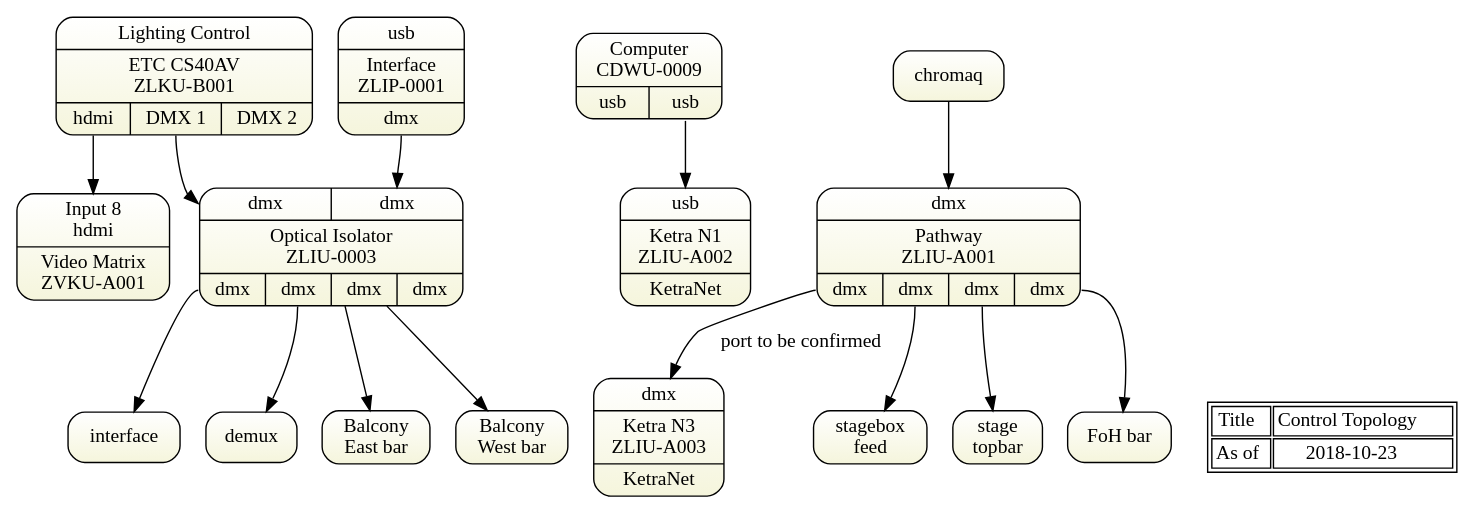
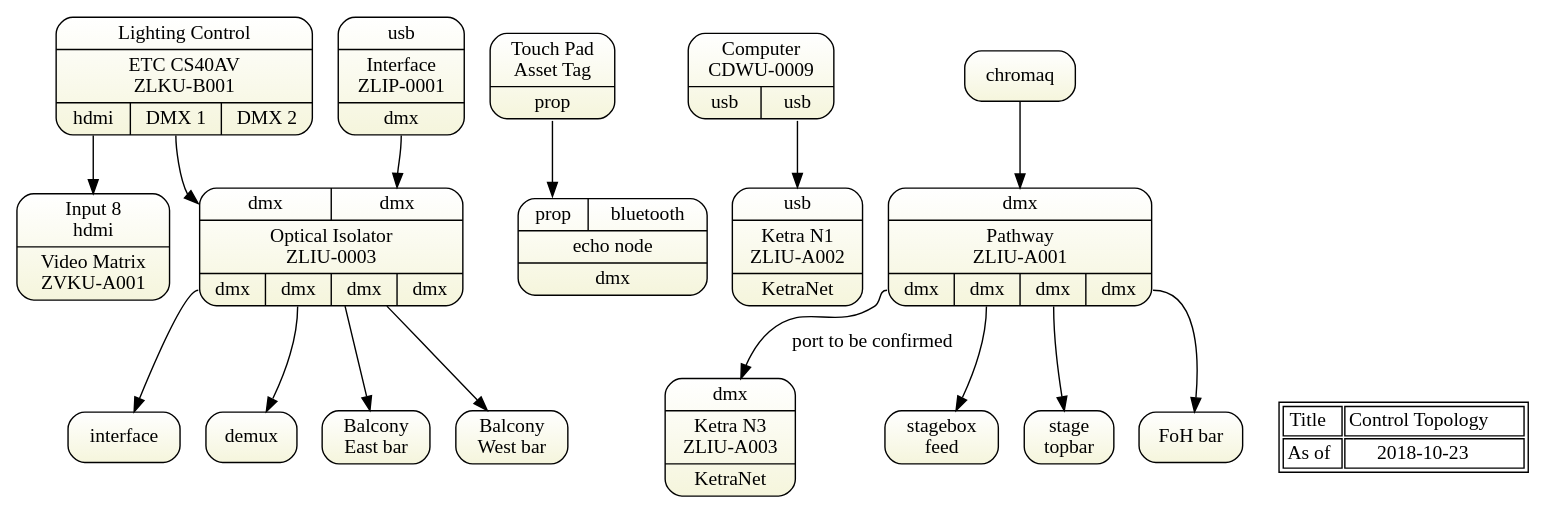
The diagram in sdl-topology1-control.gv (avmaint/uactechdoc), drawn with Graphviz before and after one commit. The commit also changed 3 other files, not shown here.

```diff
--- a/sdl-topology1-control.gv
+++ b/sdl-topology1-control.gv
@@ -1,63 +1,68 @@
 digraph topology1 { 
 graph [overlap = true, fontsize = 10, rankdir=TB 
       tooltip="Control Topology - DMX",
       fontname = Helvetica]
 
 node [shape=Mrecord, tooltip="" , 
       fillcolor="white:beige" , style=filled  
       gradientangle=270]
       
 console [label="{Lighting Control|ETC CS40AV\nZLKU-B001|{<hdmi>hdmi|<dmx1>DMX 1|<dmx2>DMX 2}}"]
+
+echo [label="{Touch Pad\nAsset Tag|<p>prop}"]
+echo2 [label="{{<p>prop|<bt>bluetooth}|echo node|dmx}"]
+
+echo:p -> echo2:p
 
 computer [label="{{Computer\nCDWU-0009}|{ <o1>usb|<o2>usb }}"]
 
 n1 [label="{<i>usb|Ketra N1\nZLIU-A002|KetraNet}"]
 computer:o2 -> n1:i
 
 matrix [label="{<i>Input 8\nhdmi|Video Matrix\nZVKU-A001}"]
 console:hdmi   -> matrix:i8
 
 optoisolator [label="{{<i1>dmx|<i2>dmx}|Optical Isolator\nZLIU-0003|{<o1>dmx|<o2>dmx|<o3>dmx|<o4>dmx}}"]
 
 usbdmx [label="{<i>usb|Interface\nZLIP-0001|<o>dmx}"] 
 
 pathway [label="{<i>dmx|Pathway\nZLIU-A001|{<o1>dmx|<o2>dmx|<o3>dmx|<o4>dmx}}"]
 
 n3 [label="{<i>dmx|Ketra N3\nZLIU-A003|<o>KetraNet}"]
 
 stage [label="stagebox\nfeed"]
 topbar [label="stage\ntopbar"]
 fohbar [label="FoH bar"]
 balebar [label="Balcony\nEast bar"]
 balwbar [label="Balcony\nWest bar"]
 
 optoisolator -> balebar
 optoisolator -> balwbar
 
 chromaq:o1 -> pathway
 pathway:o1 -> n3 [label="port to be confirmed"]
 pathway:o2 -> stage
 pathway:o3 -> topbar
 pathway:o4 -> fohbar
 
 console:dmx1 -> optoisolator:i1
 
 optoisolator:o1 -> interface:dmx     
 optoisolator:o2 -> demux:i
  
 usbdmx:o -> optoisolator:i2
 
 Node [shape=plaintext, fillcolor=white]
 stamp [label= <<table>
 <tr><td>Title</td>
     <td>Control Topology</td>
 </tr>    
 <tr><td>As of</td>
     <td>2018-10-23</td>
 </tr>
    
 </table>> ]  
 
 {rank=same; stamp n3}
 {rank=same; console computer}
  } 
```
